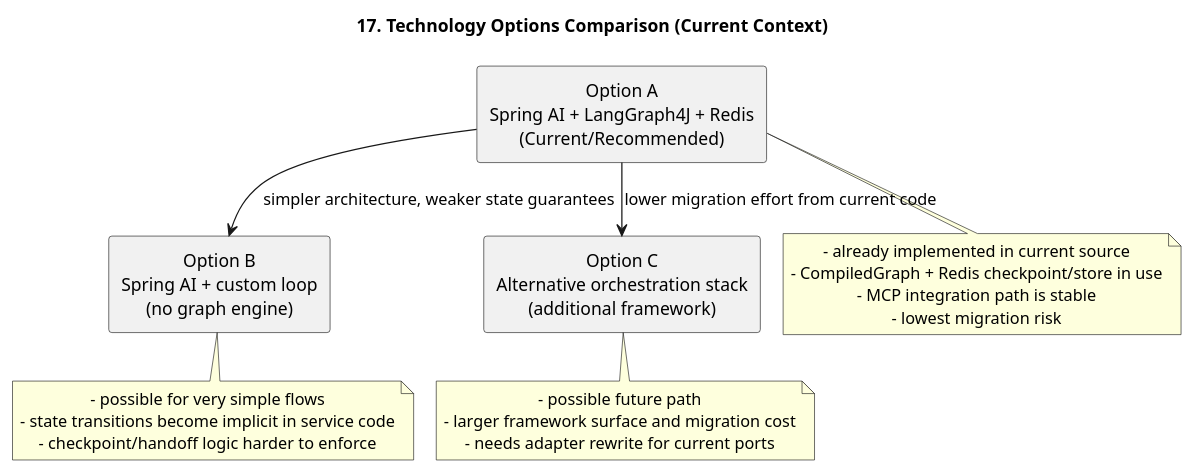
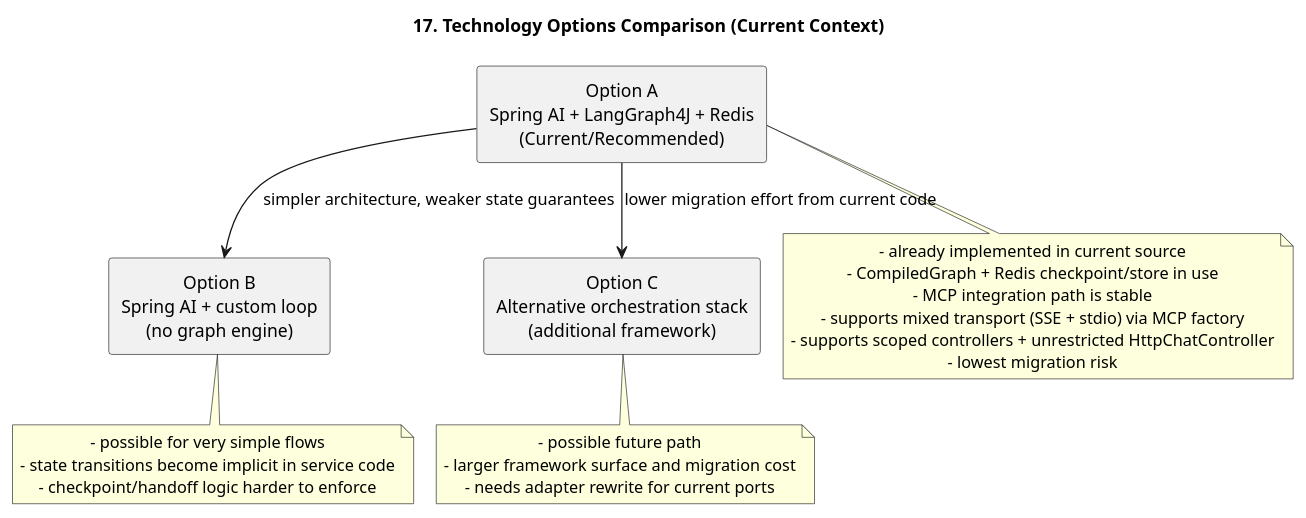
The diagram in documents/mcp-orchestrator-architecture/17-technology-options-comparison.puml (kim57uak/spring-ai), drawn with PlantUML before and after one commit. The commit also changed 63 other files, not shown here.

```diff
--- a/documents/mcp-orchestrator-architecture/17-technology-options-comparison.puml
+++ b/documents/mcp-orchestrator-architecture/17-technology-options-comparison.puml
@@ -1,34 +1,36 @@
 @startuml
 !pragma layout smetana
 title 17. Technology Options Comparison (Current Context)
 
 skinparam shadowing false
 skinparam defaultTextAlignment center
 
 rectangle "Option A\nSpring AI + LangGraph4J + Redis\n(Current/Recommended)" as A
 rectangle "Option B\nSpring AI + custom loop\n(no graph engine)" as B
 rectangle "Option C\nAlternative orchestration stack\n(additional framework)" as C
 
 note bottom of A
 - already implemented in current source
 - CompiledGraph + Redis checkpoint/store in use
 - MCP integration path is stable
+- supports mixed transport (SSE + stdio) via MCP factory
+- supports scoped controllers + unrestricted HttpChatController
 - lowest migration risk
 end note
 
 note bottom of B
 - possible for very simple flows
 - state transitions become implicit in service code
 - checkpoint/handoff logic harder to enforce
 end note
 
 note bottom of C
 - possible future path
 - larger framework surface and migration cost
 - needs adapter rewrite for current ports
 end note
 
 A --> B : simpler architecture, weaker state guarantees
 A --> C : lower migration effort from current code
 
 @enduml
```
